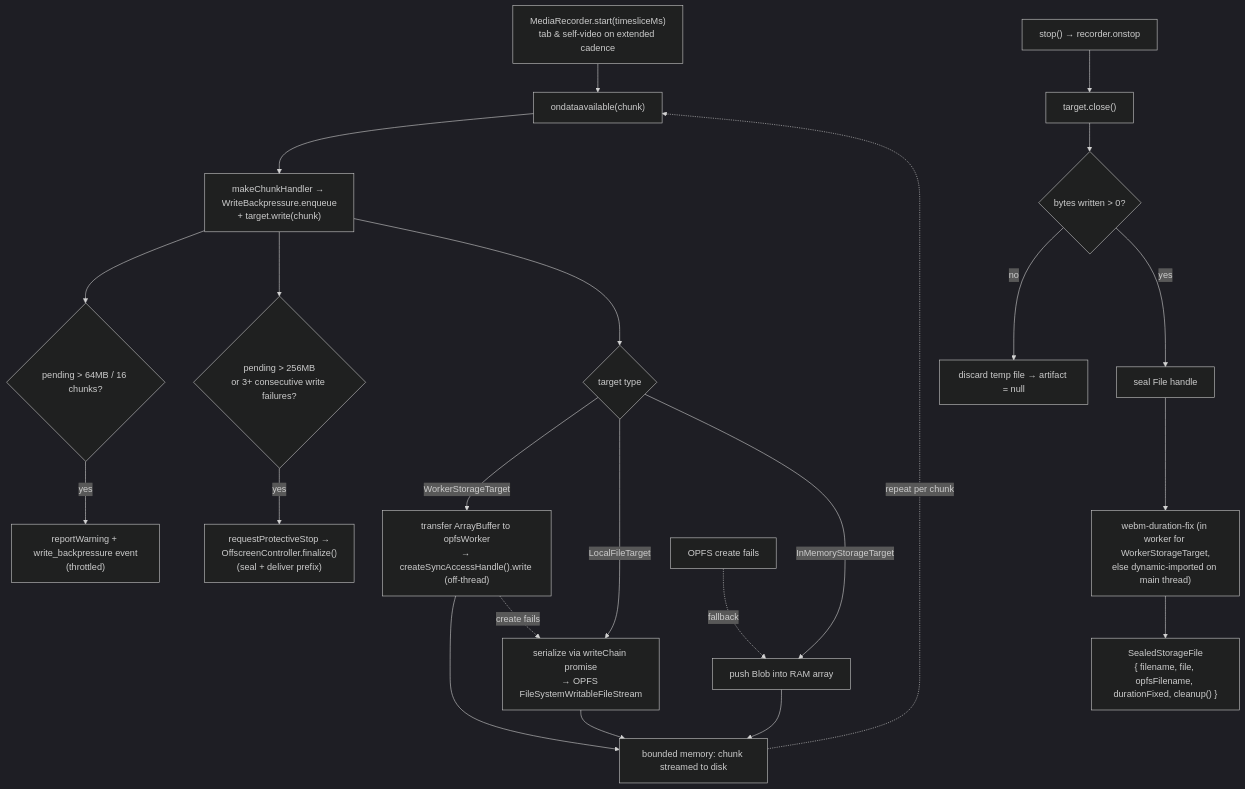
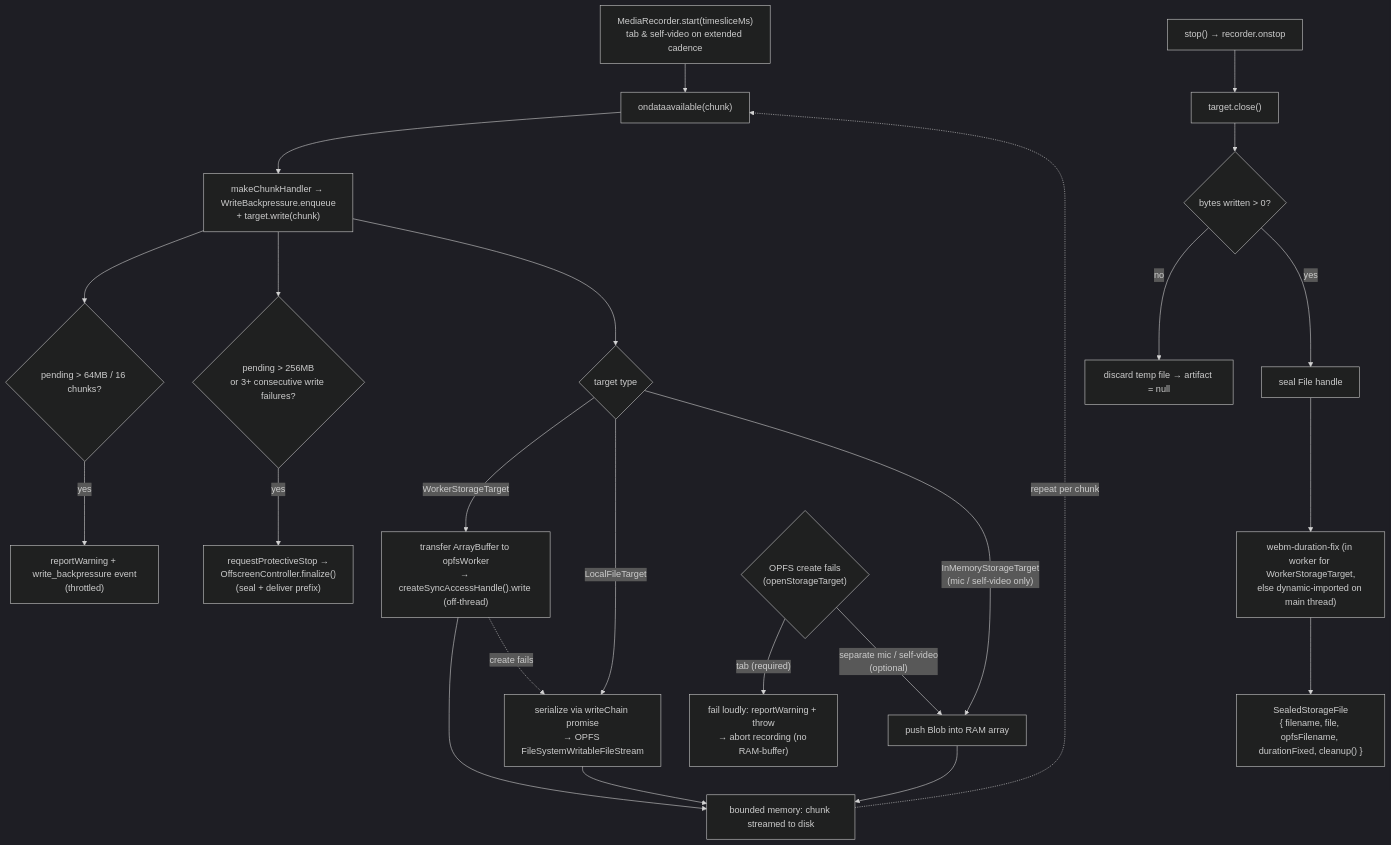
One commit to kstroevsky/chrome-meeting-recording-extension changed the tenth of 17 diagrams in README.md. Above: the diagram before and after it, drawn with Mermaid (dark theme). The commit also changed other lines of this file and 3 other files, not shown here.

Commit message:
Fix: RAM fallback is silent and unsafe for long recordings

````diff
--- a/README.md
+++ b/README.md
@@ -1516,27 +1519,28 @@
 ```mermaid
 flowchart TD
     A["MediaRecorder.start(timesliceMs)<br/>tab & self-video on extended cadence"] --> B["ondataavailable(chunk)"]
     B --> C["makeChunkHandler → WriteBackpressure.enqueue<br/>+ target.write(chunk)"]
     C --> BP{"pending > 64MB / 16 chunks?"}
     BP -->|yes| W["reportWarning + write_backpressure event<br/>(throttled)"]
     C --> HC{"pending > 256MB<br/>or 3+ consecutive write failures?"}
     HC -->|yes| PS["requestProtectiveStop →<br/>OffscreenController.finalize()<br/>(seal + deliver prefix)"]
     C --> D{"target type"}
     D -->|WorkerStorageTarget| WK["transfer ArrayBuffer to opfsWorker<br/>→ createSyncAccessHandle().write (off-thread)"]
     D -->|LocalFileTarget| E["serialize via writeChain promise<br/>→ OPFS FileSystemWritableFileStream"]
-D -->|InMemoryStorageTarget| F["push Blob into RAM array"]
+    D -->|"InMemoryStorageTarget<br/>(mic / self-video only)"| F["push Blob into RAM array"]
     WK --> G["bounded memory: chunk streamed to disk"]
     E --> G
     F --> G
     G -.->|repeat per chunk| B
 
     H["stop() → recorder.onstop"] --> I["target.close()"]
     I --> J{"bytes written > 0?"}
     J -->|no| K["discard temp file → artifact = null"]
     J -->|yes| L["seal File handle"]
     L --> M["webm-duration-fix (in worker for WorkerStorageTarget,<br/>else dynamic-imported on main thread)"]
     M --> N["SealedStorageFile<br/>{ filename, file, opfsFilename, durationFixed, cleanup() }"]
 
     WK -. create fails .-> E
-    O["OPFS create fails"] -.->|fallback| F
+    O{"OPFS create fails<br/>(openStorageTarget)"} -->|"tab (required)"| FAIL["fail loudly: reportWarning + throw<br/>→ abort recording (no RAM-buffer)"]
+    O -->|"separate mic / self-video<br/>(optional)"| F
 ```
````
